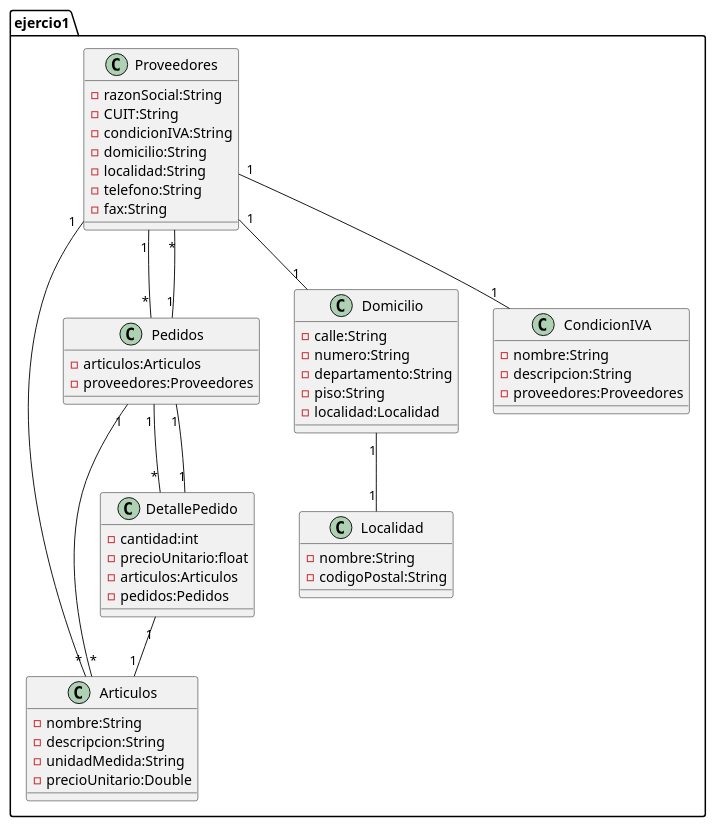
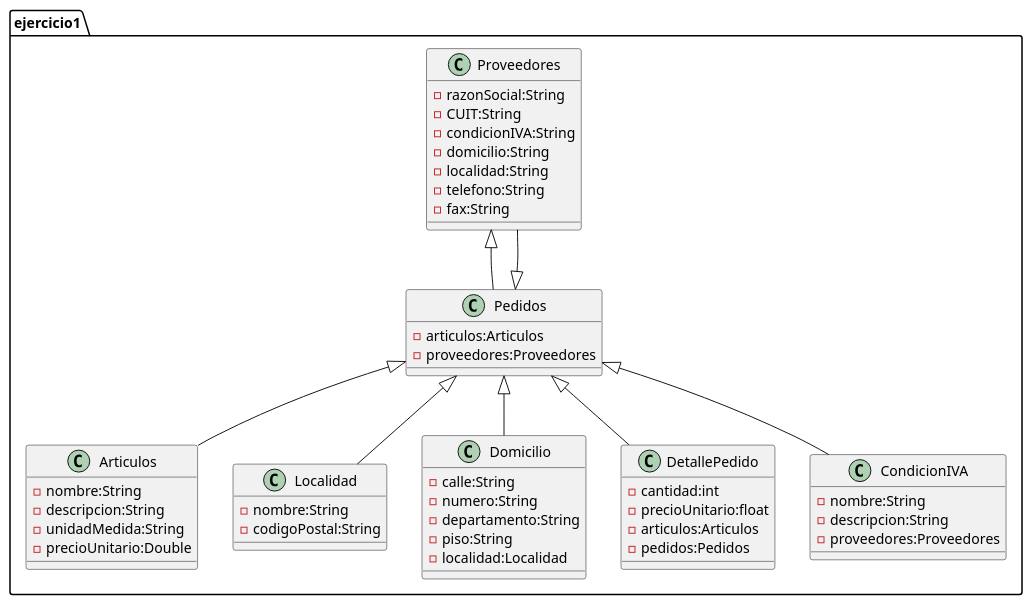
One commit to SecondPort/DOO1 changed the diagram in Java/src/ejer1.puml. Above: the diagram before and after it, drawn with PlantUML.

Commit message:
Ejercicio1

```diff
--- a/Java/src/ejer1.puml
+++ b/Java/src/ejer1.puml
@@ -1,71 +1,74 @@
 @startuml
 /'En una empresa se realiza pedidos de compra a las proveedores con los cuales trabaja, los cualesson identificados con la siguiente información:
 razón social, CUIT, Condici6n de IVA, domicilio(calle, nro, dpto., piso), localidad, teléfono y fax. Cada pedido puede solicitar uno o más artículos
 y se le realiza a un solo proveedor, esto servirá para reponer el stock; de cada artículo se debe conocer el nombre, descripción, unidad de medida y precio unitario'/
-package ejercio1 {
+package ejercicio1 {
     class Proveedores{
     -razonSocial:String
     -CUIT:String
     -condicionIVA:String
     -domicilio:String
     -localidad:String
     -telefono:String
     -fax:String
     }
     class Articulos{
         -nombre:String
         -descripcion:String
         -unidadMedida:String
         -precioUnitario:Double
     }
 
     class Pedidos{
         -articulos:Articulos
         -proveedores:Proveedores
-
-
     }
     class Localidad{
         -nombre:String
         -codigoPostal:String
-
-
     }
     class Domicilio{
         -calle:String
         -numero:String
         -departamento:String
         -piso:String
         -localidad:Localidad
-
-
     }
     class DetallePedido{
         -cantidad:int
         -precioUnitario:float
         -articulos:Articulos
         -pedidos:Pedidos
-
-
     }
 
     class CondicionIVA{
         -nombre:String
         -descripcion:String
         -proveedores:Proveedores
+    }
+}
+
+/'Relaciones entre las clases '/
+Proveedores <|-- Pedidos
+Pedidos <|-- Articulos
+Pedidos <|-- DetallePedido
+Pedidos <|-- Proveedores
+Pedidos <|-- CondicionIVA
+Pedidos <|-- Domicilio
+Pedidos <|-- Localidad
 
 
-    }
-}
-Proveedores "1" -- "*" Articulos
+
+
+
+/'Proveedores "1" -- "*" Articulos
 Proveedores "1" -- "*" Pedidos
 Pedidos "1" -- "*" Articulos
 Pedidos "1" -- "*" Proveedores
 Proveedores "1" -- "1" Domicilio
 Domicilio "1" -- "1" Localidad
 Proveedores "1" -- "1" CondicionIVA
 Pedidos "1" -- "*" DetallePedido
 DetallePedido "1" -- "1" Articulos
-DetallePedido "1" -- "1" Pedidos
-
+DetallePedido "1" -- "1" Pedidos'/
 @enduml
```
